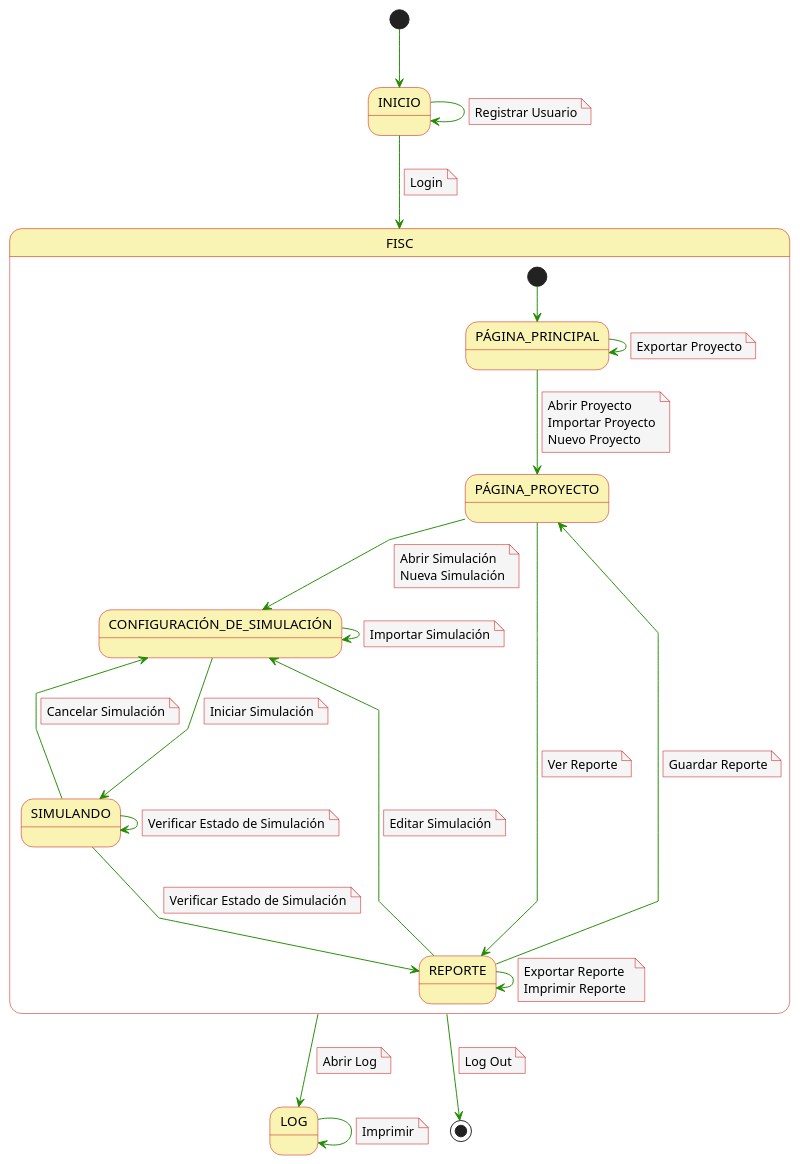
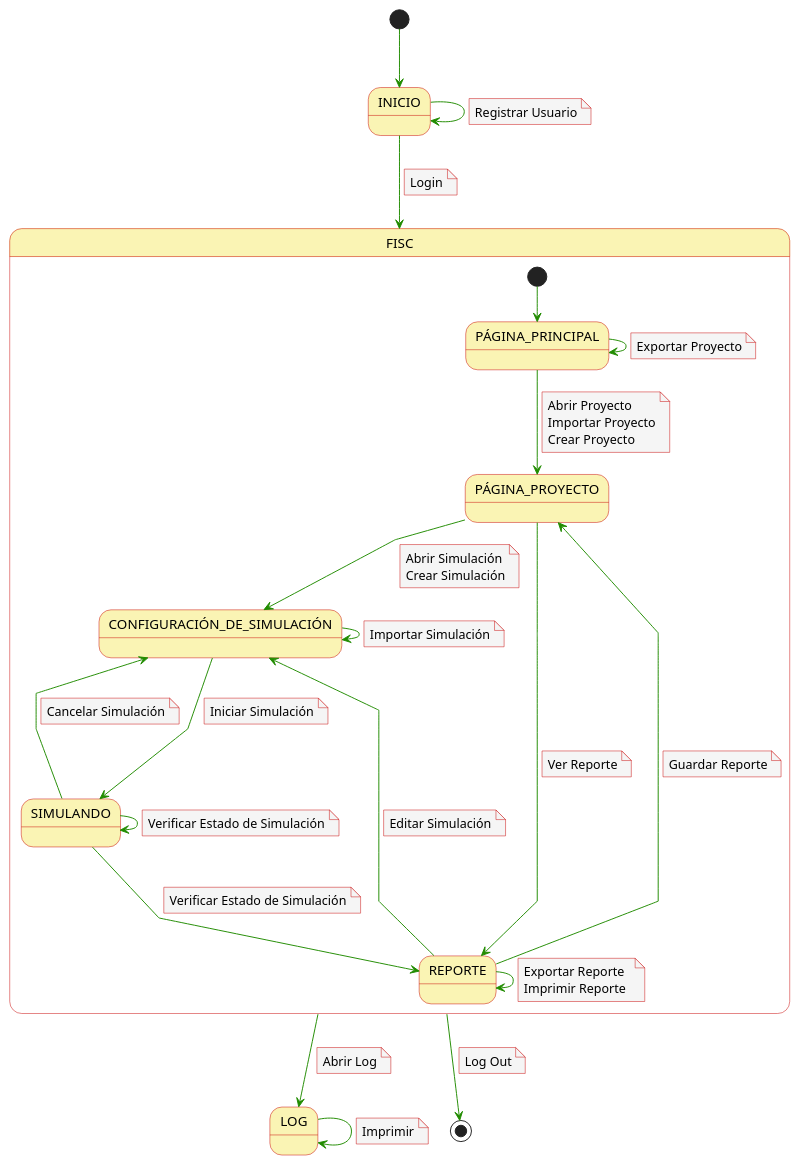
One commit to mmasias/23-24-IdSw1-SDR changed the diagram in casosDeUso/diagramaContexto.puml. Above: the diagram before and after it, drawn with PlantUML. The commit also changed 8 other files, not shown here.

```diff
--- a/casosDeUso/diagramaContexto.puml
+++ b/casosDeUso/diagramaContexto.puml
@@ -1,96 +1,96 @@
 @startuml
 skinparam noteBackgroundColor #f5f5f5
 skinparam noteBorderColor #c90000
 skinparam arrowColor #218c00
 skinparam stateBackgroundColor #faf4b4
 skinparam stateBorderColor #c90000
 skinparam linetype polyline
 skinparam arrowThickness 1
 
 [*] --> INICIO
 
 INICIO-d-> FISC 
 note on link
   Login
 end note
 INICIO-d-> INICIO
 note on link
   Registrar Usuario
 end note
 
 State FISC {
 [*] --> PÁGINA_PRINCIPAL
 
 PÁGINA_PRINCIPAL-d-> PÁGINA_PROYECTO
 note on link
   Abrir Proyecto 
   Importar Proyecto
-  Nuevo Proyecto 
+  Crear Proyecto 
 end note 
 
 PÁGINA_PRINCIPAL-d-> PÁGINA_PRINCIPAL
 note on link
   Exportar Proyecto
 end note 
  
 PÁGINA_PROYECTO-d-> CONFIGURACIÓN_DE_SIMULACIÓN
 note on link
   Abrir Simulación
-  Nueva Simulación
+  Crear Simulación
 end note 
 PÁGINA_PROYECTO---> REPORTE
 note on link
   Ver Reporte
 end note 
 
 CONFIGURACIÓN_DE_SIMULACIÓN-d-> SIMULANDO
 note on link
   Iniciar Simulación
 end note 
 CONFIGURACIÓN_DE_SIMULACIÓN-d-> CONFIGURACIÓN_DE_SIMULACIÓN
 note on link
   Importar Simulación
 end note  
 
 SIMULANDO---> CONFIGURACIÓN_DE_SIMULACIÓN
 note on link
   Cancelar Simulación
 end note 
 SIMULANDO---> SIMULANDO
 note on link
   Verificar Estado de Simulación
 end note 
 SIMULANDO---> REPORTE
 note on link
   Verificar Estado de Simulación
 end note 
 
 REPORTE-d-> REPORTE
 note on link
   Exportar Reporte  
   Imprimir Reporte
 end note 
 REPORTE-d-> PÁGINA_PROYECTO
 note on link
   Guardar Reporte
 end note 
 REPORTE-d-> CONFIGURACIÓN_DE_SIMULACIÓN
 note on link
   Editar Simulación
 end note 
 }
 
 LOG---> LOG
 note on link
   Imprimir
 end note 
 FISC -d-> LOG
 note on link
   Abrir Log
 end note 
 FISC --> [*]
 note on link
   Log Out
 end note 
 
 @enduml
```
